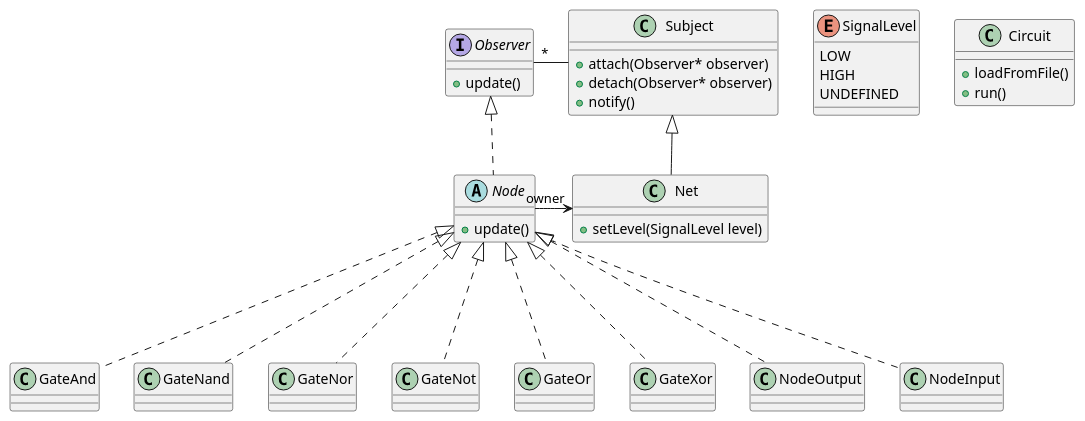
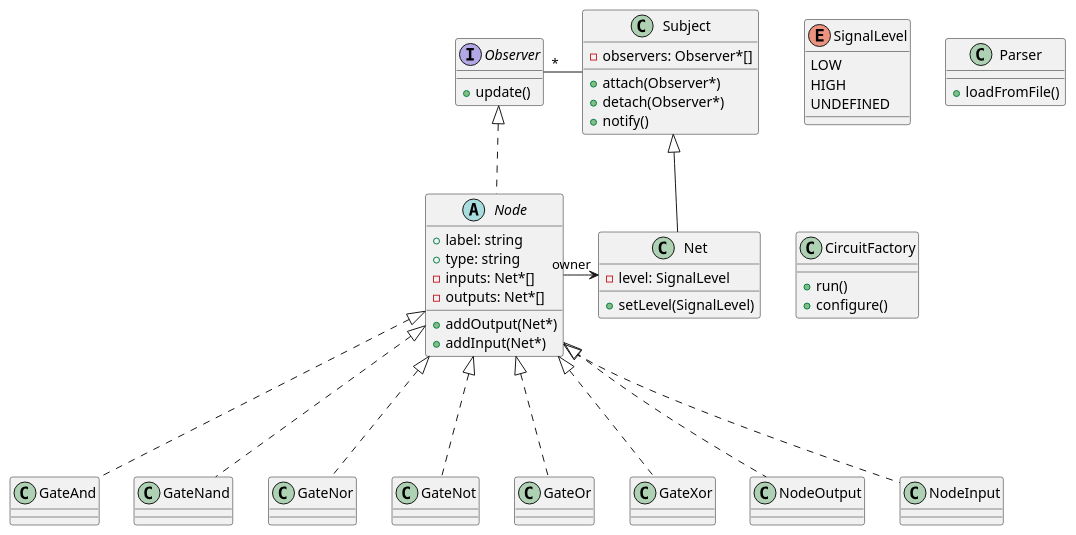
One commit to lonkaars/depa changed the diagram in docs/class-diag.puml. Above: the diagram before and after it, drawn with PlantUML.

Commit message:
more think

```diff
--- a/docs/class-diag.puml
+++ b/docs/class-diag.puml
@@ -1,55 +1,66 @@
 @startuml
 
 abstract class Node { /' (also ConcreteObserver) '/
-	+ update()
+	+ label: string
+	+ type: string
+	+ addOutput(Net*)
+	+ addInput(Net*)
+	- inputs: Net*[]
+	- outputs: Net*[]
 }
 class Net { /' (also ConcreteSubject) '/
-	+ setLevel(SignalLevel level)
+	- level: SignalLevel
+	+ setLevel(SignalLevel)
+	' only call notify when setLevel actually changes the level!!!!!!!
 }
 
 class Subject {
-	+ attach(Observer* observer)
-	+ detach(Observer* observer)
+	- observers: Observer*[]
+	+ attach(Observer*)
+	+ detach(Observer*)
 	+ notify()
 }
 interface Observer {
 	+ update()
 }
 
 class GateAnd
 class GateNand
 class GateNor
 class GateNot
 class GateOr
 class GateXor
 class NodeOutput
 class NodeInput
 
 enum SignalLevel {
   LOW
 	HIGH
 	UNDEFINED
 }
 
 Node <|-[dashed]-- GateAnd
 Node <|-[dashed]-- GateNand
 Node <|-[dashed]-- GateNor
 Node <|-[dashed]-- GateNot
 Node <|-[dashed]-- GateOr
 Node <|-[dashed]-- GateXor
 Node <|-[dashed]-- NodeOutput
 Node <|-[dashed]-- NodeInput
 
 Subject <|-- Net
 Observer <|-[dashed]- Node
 Node -> "owner" Net
 Observer "*" - Subject
 
-class Circuit {
+class Parser {
 	+ loadFromFile()
-	+ run()
 }
 
-' only call notify when setLevel actually changes the level!!!!!!!
+class CircuitFactory {
+	+ run()
+	+ configure()
+}
+
 
 @enduml
```
